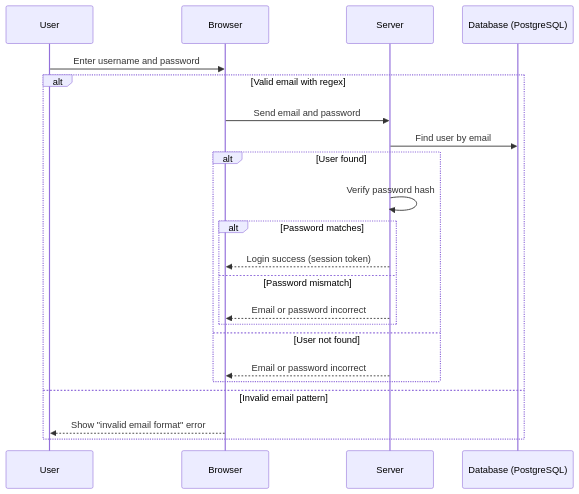
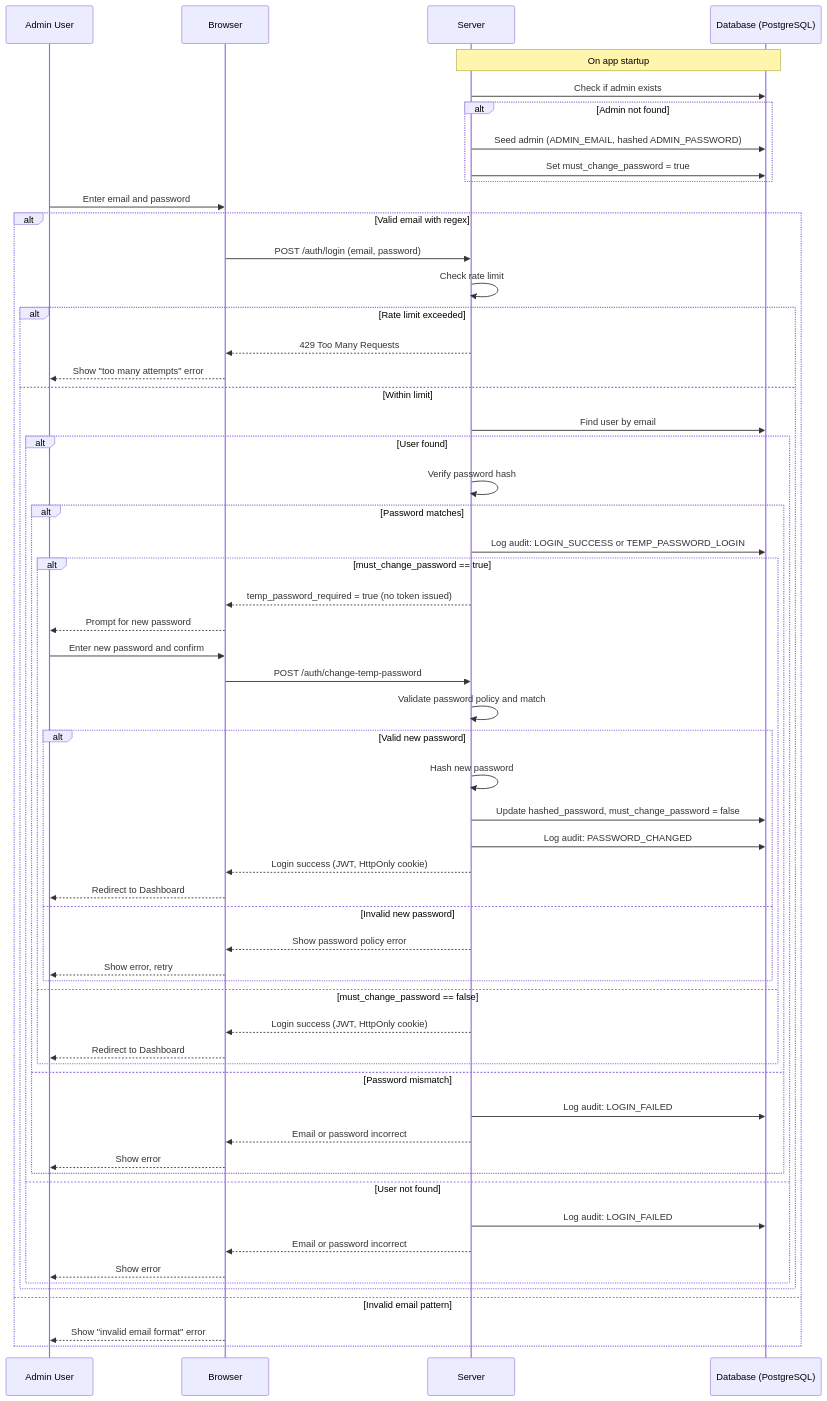
The third of 3 diagrams in flowchart TD.md (ahmedyim/feedback-intelligence), drawn with Mermaid before and after one commit. The commit also changed other lines of this file, not shown here.

Commit message:
allow admin to update  temporary password

````diff
--- a/flowchart TD.md
+++ b/flowchart TD.md
@@ -50,25 +67,62 @@
 ```mermaid
 sequenceDiagram
-    participant U as User
+    participant U as Admin User
     participant B as Browser
     participant S as Server
     participant D as Database (PostgreSQL)
 
-    U->>B: Enter username and password
+    Note over S,D: On app startup
+    S->>D: Check if admin exists
+    alt Admin not found
+        S->>D: Seed admin (ADMIN_EMAIL, hashed ADMIN_PASSWORD)
+        S->>D: Set must_change_password = true
+    end
+
+    U->>B: Enter email and password
     alt Valid email with regex
-        B->>S: Send email and password
-        S->>D: Find user by email
-        alt User found
-            S->>S: Verify password hash
-            alt Password matches
-                S-->>B: Login success (session token)
-            else Password mismatch
+        B->>S: POST /auth/login (email, password)
+        S->>S: Check rate limit
+        alt Rate limit exceeded
+            S-->>B: 429 Too Many Requests
+            B-->>U: Show "too many attempts" error
+        else Within limit
+            S->>D: Find user by email
+            alt User found
+                S->>S: Verify password hash
+                alt Password matches
+                    S->>D: Log audit: LOGIN_SUCCESS or TEMP_PASSWORD_LOGIN
+                    alt must_change_password == true
+                        S-->>B: temp_password_required = true (no token issued)
+                        B-->>U: Prompt for new password
+                        U->>B: Enter new password and confirm
+                        B->>S: POST /auth/change-temp-password
+                        S->>S: Validate password policy and match
+                        alt Valid new password
+                            S->>S: Hash new password
+                            S->>D: Update hashed_password, must_change_password = false
+                            S->>D: Log audit: PASSWORD_CHANGED
+                            S-->>B: Login success (JWT, HttpOnly cookie)
+                            B-->>U: Redirect to Dashboard
+                        else Invalid new password
+                            S-->>B: Show password policy error
+                            B-->>U: Show error, retry
+                        end
+                    else must_change_password == false
+                        S-->>B: Login success (JWT, HttpOnly cookie)
+                        B-->>U: Redirect to Dashboard
+                    end
+                else Password mismatch
+                    S->>D: Log audit: LOGIN_FAILED
+                    S-->>B: Email or password incorrect
+                    B-->>U: Show error
+                end
+            else User not found
+                S->>D: Log audit: LOGIN_FAILED
                 S-->>B: Email or password incorrect
+                B-->>U: Show error
             end
-        else User not found
-            S-->>B: Email or password incorrect
         end
     else Invalid email pattern
         B-->>U: Show "invalid email format" error
     end
 ```
````
